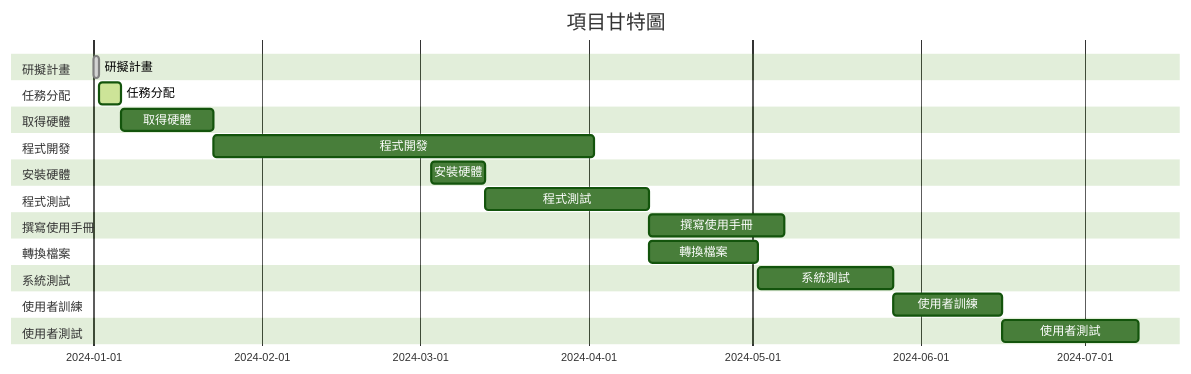
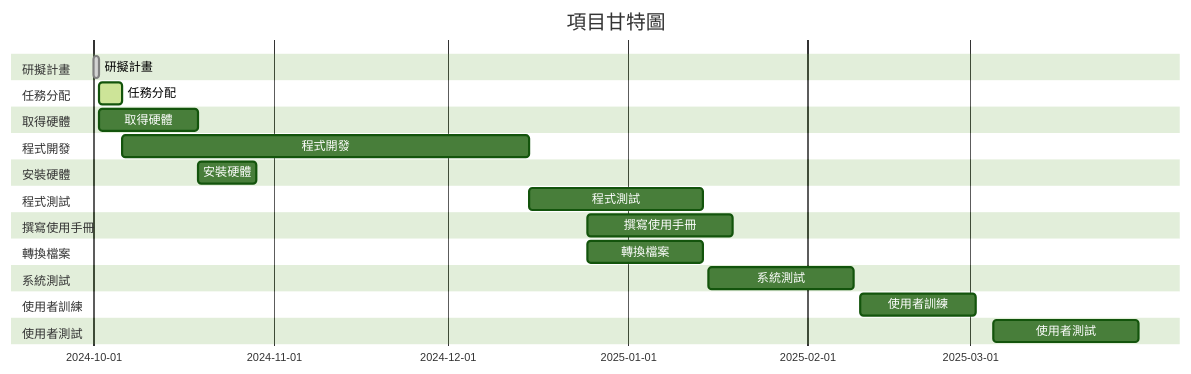
Before and after one commit to JohnnyFu987/hw2: the first of 3 diagrams in README.md, drawn with Mermaid (forest theme).

````diff
--- a/README.md
+++ b/README.md
@@ -2,28 +2,28 @@
 ```mermaid
 gantt
-    title 項目甘特圖
-    dateFormat  MM-DD
+        title 項目甘特圖
+    dateFormat  YYYY-MM-DD
     section 研擬計畫
-    研擬計畫         :done,    des1, 01-01, 1d
+    研擬計畫         :done,    des1, 2024-10-01, 1d
     section 任務分配
-    任務分配        :active,  des2, 01-02, 4d
+    任務分配        :active,  des2, 2024-10-02, 4d
     section 取得硬體
-    取得硬體        :         des3, 01-06, 17d
+    取得硬體        :         des3, 2024-10-02, 17d
     section 程式開發
-    程式開發        :         des4, 01-23, 70d
+    程式開發        :         des4, 2024-10-06, 70d
     section 安裝硬體
-    安裝硬體        :         des5, 03-03, 10d
+    安裝硬體        :         des5, 2024-10-19, 10d
     section 程式測試
-    程式測試        :         des6, 03-13, 30d
+    程式測試        :         des6, 2024-12-15, 30d
     section 撰寫使用手冊
-    撰寫使用手冊    :         des7, 04-12, 25d
+    撰寫使用手冊    :         des7, 2024-12-25, 25d
     section 轉換檔案
-    轉換檔案        :         des8, 04-12, 20d
+    轉換檔案        :         des8, 2024-12-25, 20d
     section 系統測試
-    系統測試        :         des9, 05-02, 25d
+    系統測試        :         des9, 2025-01-15, 25d
     section 使用者訓練
-    使用者訓練      :         des10, 05-27, 20d
+    使用者訓練      :         des10, 2025-02-10, 20d
     section 使用者測試
-    使用者測試      :         des11, 06-16, 25d
+    使用者測試      :         des11, 2025-03-05, 25d
 
 ```
````
